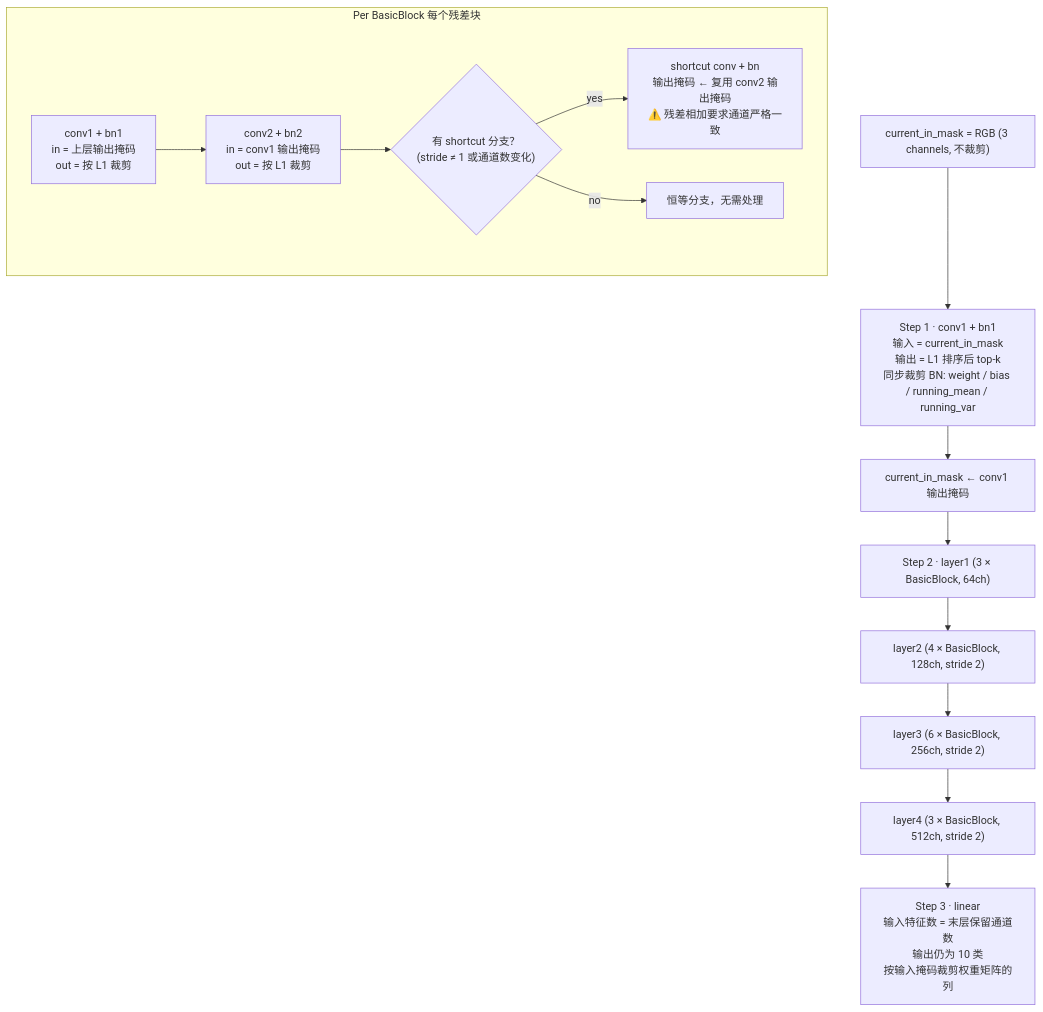
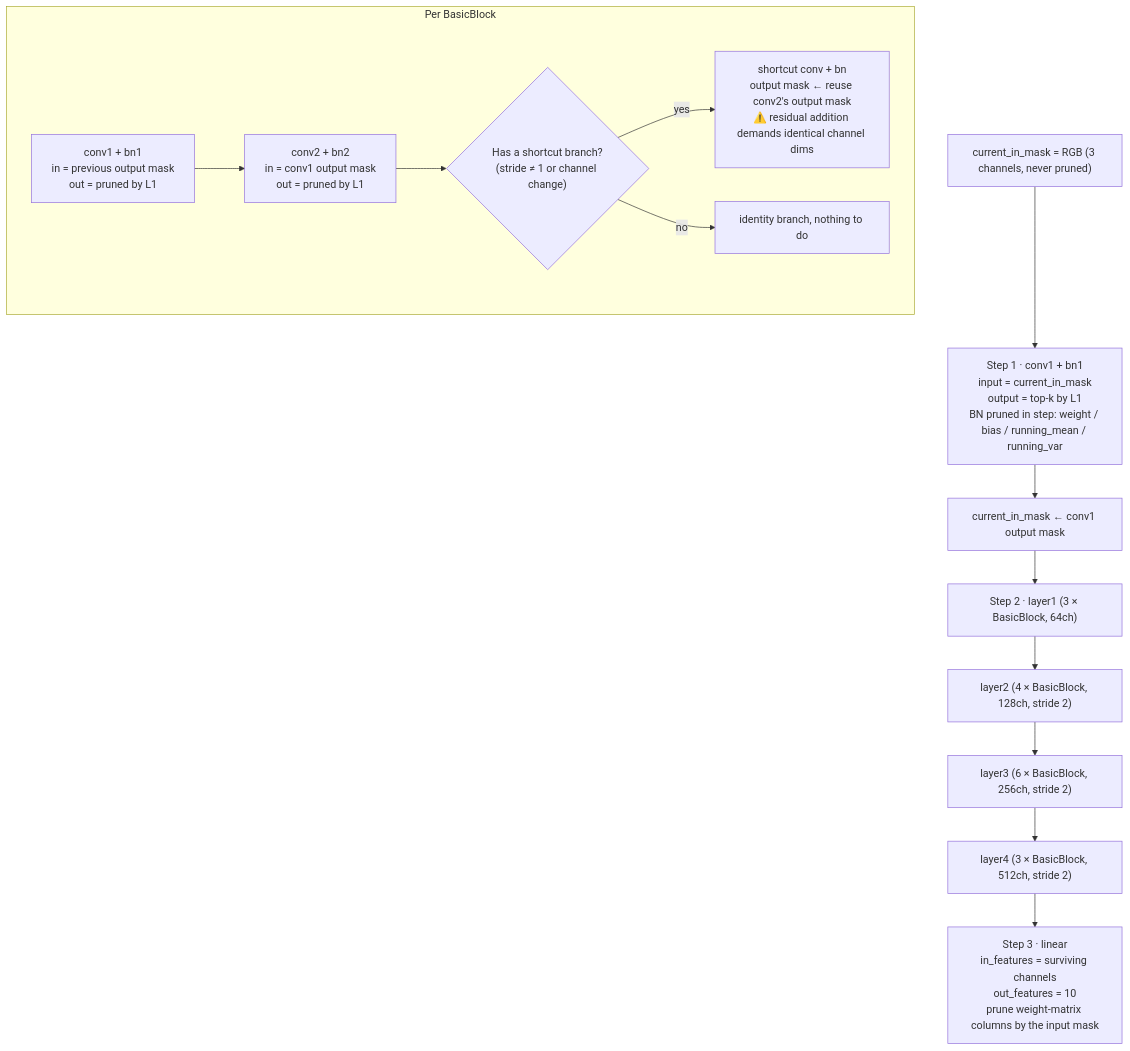
The second of 2 diagrams in docs/02-dnn-inference-optimization.md (Hanwen-Tao/project-portfolio), drawn with Mermaid before and after one commit. The commit also changed other lines of this file and 11 other files, not shown here.

````diff
--- a/docs/02-dnn-inference-optimization.md
+++ b/docs/02-dnn-inference-optimization.md
@@ -74,19 +73,19 @@
 ```mermaid
 flowchart TD
-    S0["current_in_mask = RGB (3 channels, 不裁剪)"] --> S1["Step 1 · conv1 + bn1<br/>输入 = current_in_mask<br/>输出 = L1 排序后 top-k<br/>同步裁剪 BN: weight / bias / running_mean / running_var"]
-    S1 --> S2["current_in_mask ← conv1 输出掩码"]
+    S0["current_in_mask = RGB (3 channels, never pruned)"] --> S1["Step 1 · conv1 + bn1<br/>input = current_in_mask<br/>output = top-k by L1<br/>BN pruned in step: weight / bias / running_mean / running_var"]
+    S1 --> S2["current_in_mask ← conv1 output mask"]
     S2 --> L1["Step 2 · layer1 (3 × BasicBlock, 64ch)"]
     L1 --> L2["layer2 (4 × BasicBlock, 128ch, stride 2)"]
     L2 --> L3["layer3 (6 × BasicBlock, 256ch, stride 2)"]
     L3 --> L4["layer4 (3 × BasicBlock, 512ch, stride 2)"]
 
-    subgraph BLK ["Per BasicBlock 每个残差块"]
-        B1["conv1 + bn1<br/>in = 上层输出掩码<br/>out = 按 L1 裁剪"]
-        B1 --> B2["conv2 + bn2<br/>in = conv1 输出掩码<br/>out = 按 L1 裁剪"]
-        B2 --> B3{"有 shortcut 分支？<br/>(stride ≠ 1 或通道数变化)"}
-        B3 -->|yes| B4["shortcut conv + bn<br/>输出掩码 ← 复用 conv2 输出掩码<br/>⚠️ 残差相加要求通道严格一致"]
-        B3 -->|no| B5["恒等分支，无需处理"]
+    subgraph BLK ["Per BasicBlock"]
+        B1["conv1 + bn1<br/>in = previous output mask<br/>out = pruned by L1"]
+        B1 --> B2["conv2 + bn2<br/>in = conv1 output mask<br/>out = pruned by L1"]
+        B2 --> B3{"Has a shortcut branch?<br/>(stride ≠ 1 or channel change)"}
+        B3 -->|yes| B4["shortcut conv + bn<br/>output mask ← reuse conv2's output mask<br/>⚠️ residual addition demands identical channel dims"]
+        B3 -->|no| B5["identity branch, nothing to do"]
     end
 
-    L4 --> S3["Step 3 · linear<br/>输入特征数 = 末层保留通道数<br/>输出仍为 10 类<br/>按输入掩码裁剪权重矩阵的列"]
+    L4 --> S3["Step 3 · linear<br/>in_features = surviving channels<br/>out_features = 10<br/>prune weight-matrix columns by the input mask"]
 ```
````
